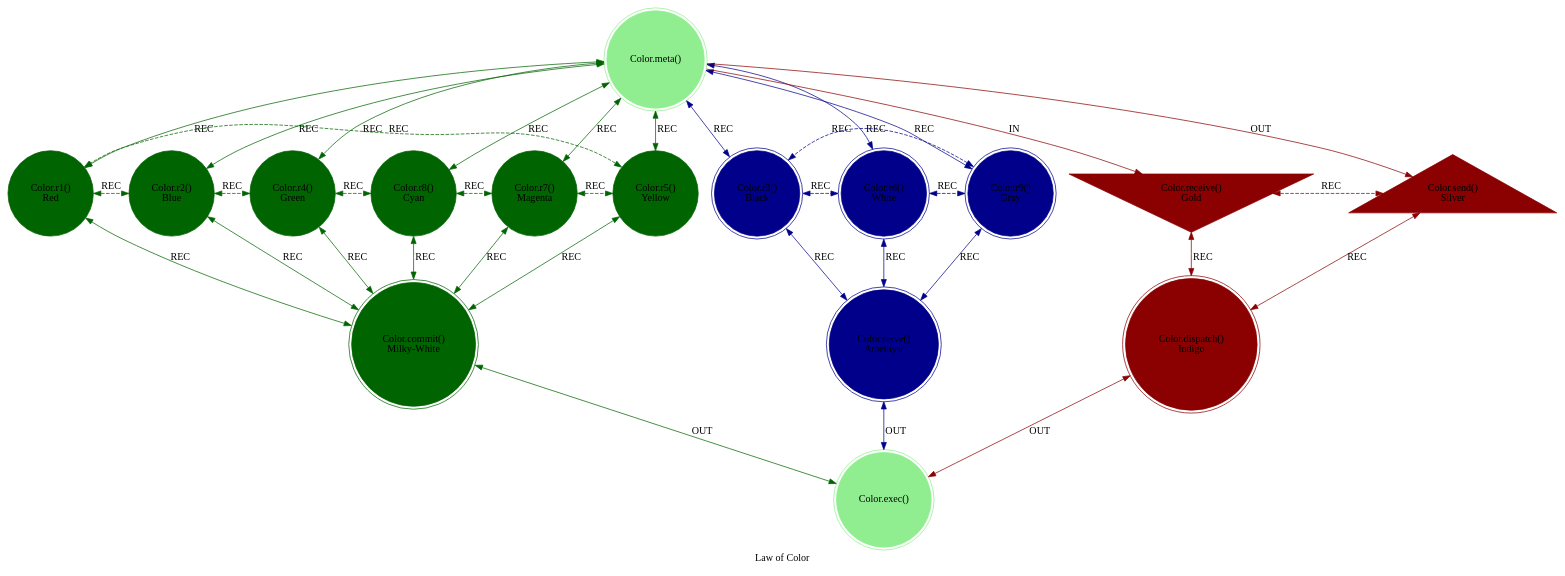
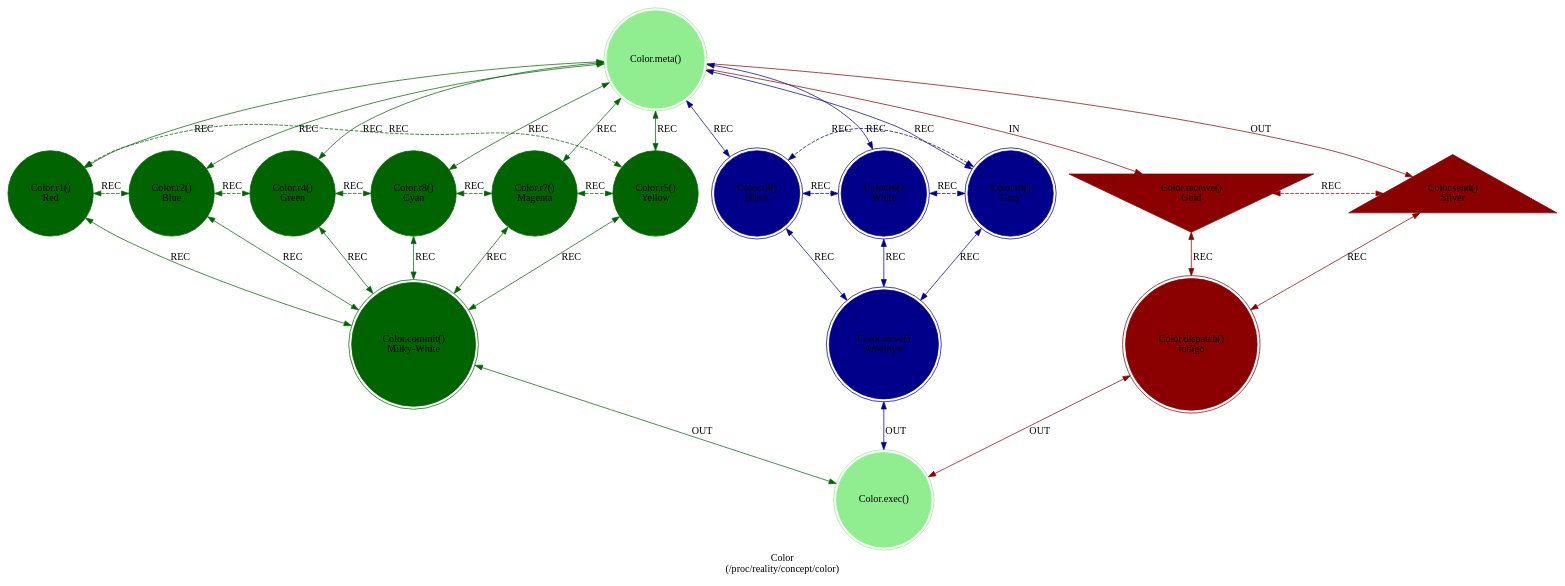
One commit to cilang/mythos changed the diagram in src/includes/color.dot. Above: the diagram before and after it, drawn with Graphviz. The commit also changed 8 other files, not shown here.

```diff
--- a/src/includes/color.dot
+++ b/src/includes/color.dot
@@ -1,48 +1,48 @@
 strict digraph Color {
-    label = "Law of Color";
+    label = "Color\n(/proc/reality/concept/color)";
     style = filled;
     color = lightgray;
     node [shape = circle; style = filled; color = lightgreen;];
     
     // The Axis A-0-B (In-Meta-Out).
     // The Sacred 3-6-9 (Boundary of Perception).
     // The Vortex 1-2-4-8-7-5 (Boundary of Comprehension).
     // The Router C-D-E
     // The Closure F
     spark_0_t [label = "Color.meta()";comment = "";shape = doublecircle;];
     spark_1_t [label = "Color.r1()\nRed";comment = "";shape = circle;color = darkgreen;];
     spark_2_t [label = "Color.r2()\nBlue";comment = "";shape = circle;color = darkgreen;];
     spark_4_t [label = "Color.r4()\nGreen";comment = "";shape = circle;color = darkgreen;];
     spark_8_t [label = "Color.r8()\nCyan";comment = "";shape = circle;color = darkgreen;];
     spark_7_t [label = "Color.r7()\nMagenta";comment = "";shape = circle;color = darkgreen;];
     spark_5_t [label = "Color.r5()\nYellow";comment = "";shape = circle;color = darkgreen;];
     spark_3_t [label = "Color.r3()\nBlack";comment = "";shape = doublecircle;color = darkblue;];
     spark_6_t [label = "Color.r6()\nWhite";comment = "";shape = doublecircle;color = darkblue;];
     spark_9_t [label = "Color.r9()\nGray";comment = "";shape = doublecircle;color = darkblue;];
     spark_a_t [label = "Color.receive()\nGold";comment = "";shape = invtriangle;color = darkred;];
     spark_b_t [label = "Color.send()\nSilver";comment = "";shape = triangle;color = darkred;];
     spark_c_t [label = "Color.dispatch()\nIndigo";comment = "";shape = doublecircle;color = darkred;];
     spark_d_t [label = "Color.commit()\nMilky-White";comment = "";shape = doublecircle;color = darkgreen;];
     spark_e_t [label = "Color.serve()\nAmethyst";comment = "";shape = doublecircle;color = darkblue;];
     spark_f_t [label = "Color.exec()";comment = "";shape = doublecircle;];
     
     // IN = Input
     // OUT = Output
     // REC = Recursion
     spark_0_t -> spark_a_t [label = "IN"; color = darkred; comment = "";];
     spark_0_t -> spark_b_t [label = "OUT"; color = darkred; comment = "";];
     spark_0_t -> {spark_3_t spark_6_t spark_9_t} [label = "REC"; color = darkblue; comment = ""; dir = both;];
     spark_0_t -> {spark_1_t spark_2_t spark_4_t spark_8_t spark_7_t spark_5_t} [label = "REC"; color = darkgreen; comment = ""; dir = both;];
     
     {spark_a_t spark_b_t} -> spark_c_t [label = "REC"; color = darkred; comment = ""; dir = both;];
     {spark_1_t spark_2_t spark_4_t spark_8_t spark_7_t spark_5_t} -> spark_d_t [label = "REC"; color = darkgreen; comment = ""; dir = both;];
     {spark_3_t spark_6_t spark_9_t} -> spark_e_t [label = "REC"; color = darkblue; comment = ""; dir = both;];
     
     spark_1_t -> spark_2_t -> spark_4_t -> spark_8_t -> spark_7_t -> spark_5_t -> spark_1_t [label = "REC"; color = darkgreen; comment = ""; style = dashed; constraint = false; dir = both;];
     spark_3_t -> spark_6_t -> spark_9_t -> spark_3_t [label = "REC"; color = darkblue; comment = ""; style = dashed; constraint = false; dir = both;];
     spark_a_t -> spark_b_t [label = "REC"; color = darkred; comment = ""; constraint = false; style = dashed; dir = both;];
     
     spark_c_t -> spark_f_t [label = "OUT"; color = darkred; comment = ""; dir = both;];
     spark_d_t -> spark_f_t [label = "OUT"; color = darkgreen; comment = ""; dir = both;];
     spark_e_t -> spark_f_t [label = "OUT"; color = darkblue; comment = ""; dir = both;];
 }
```
